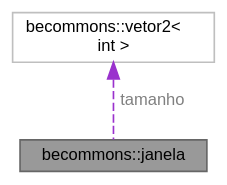
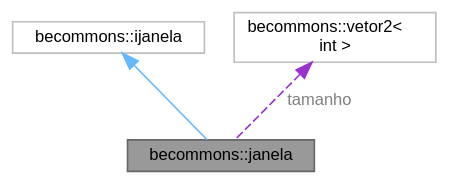
One commit to D4nielStone/bubble_engine changed the diagram in docs/pt/classbecommons_1_1janela__coll__graph.dot. Above: the diagram before and after it, drawn with Graphviz. The commit also changed 244 other files, not shown here.

```diff
--- a/docs/pt/classbecommons_1_1janela__coll__graph.dot
+++ b/docs/pt/classbecommons_1_1janela__coll__graph.dot
@@ -1,10 +1,12 @@
 digraph "becommons::janela"
 {
  // LATEX_PDF_SIZE
   bgcolor="transparent";
   edge [fontname=Helvetica,fontsize=10,labelfontname=Helvetica,labelfontsize=10];
   node [fontname=Helvetica,fontsize=10,shape=box,height=0.2,width=0.4];
   Node1 [id="Node000001",label="becommons::janela",height=0.2,width=0.4,color="gray40", fillcolor="grey60", style="filled", fontcolor="black",tooltip="facilita o uso da janela glfw"];
-  Node2 -> Node1 [id="edge1_Node000001_Node000002",dir="back",color="darkorchid3",style="dashed",tooltip=" ",label=" tamanho",fontcolor="grey" ];
-  Node2 [id="Node000002",label="becommons::vetor2\<\l int \>",height=0.2,width=0.4,color="grey75", fillcolor="white", style="filled",URL="$structbecommons_1_1vetor2.html",tooltip=" "];
+  Node2 -> Node1 [id="edge1_Node000001_Node000002",dir="back",color="steelblue1",style="solid",tooltip=" "];
+  Node2 [id="Node000002",label="becommons::ijanela",height=0.2,width=0.4,color="grey75", fillcolor="white", style="filled",URL="$classbecommons_1_1ijanela.html",tooltip=" "];
+  Node3 -> Node1 [id="edge2_Node000001_Node000003",dir="back",color="darkorchid3",style="dashed",tooltip=" ",label=" tamanho",fontcolor="grey" ];
+  Node3 [id="Node000003",label="becommons::vetor2\<\l int \>",height=0.2,width=0.4,color="grey75", fillcolor="white", style="filled",URL="$structbecommons_1_1vetor2.html",tooltip=" "];
 }
```
